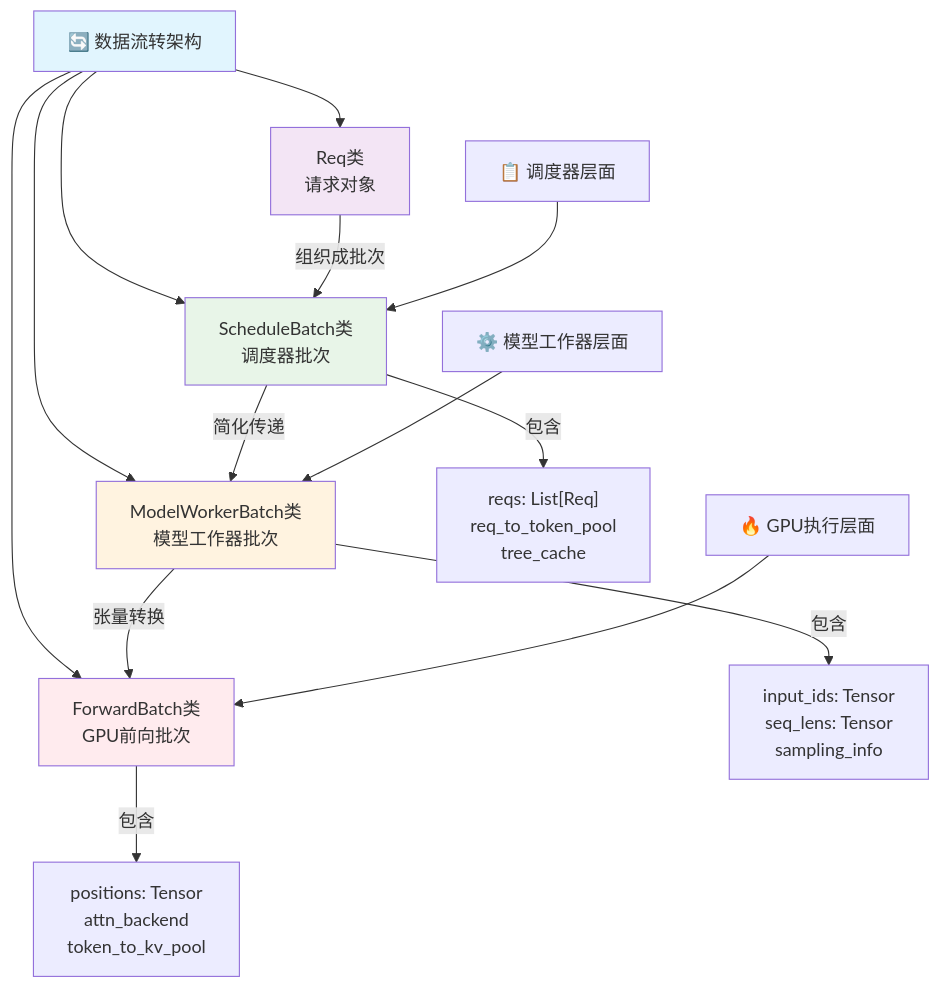
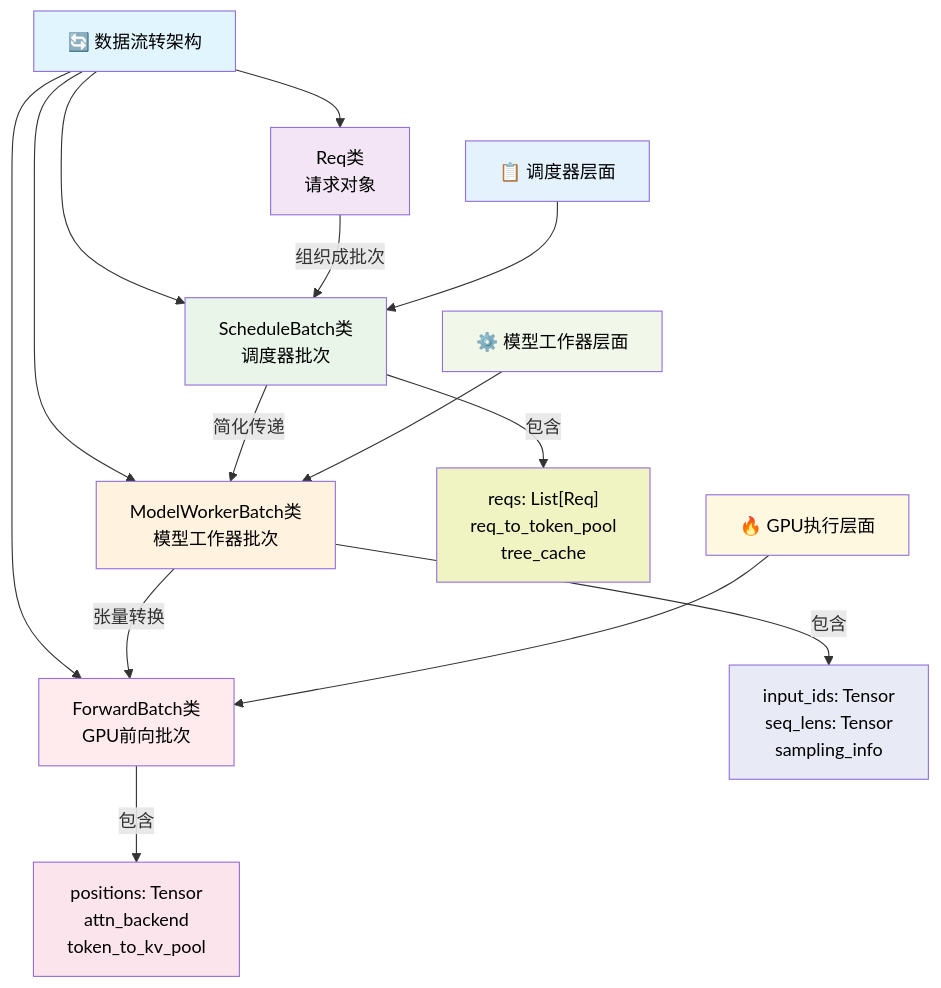
Before and after one commit to JRChen0927/sglang: the diagram in SGLang开发者技术文档/01-调度器/02-核心数据结构.md, drawn with Mermaid. The commit also changed other lines of this file and 1 other file, not shown here.

````diff
--- a/SGLang开发者技术文档/01-调度器/02-核心数据结构.md
+++ b/SGLang开发者技术文档/01-调度器/02-核心数据结构.md
@@ -21,25 +21,31 @@
 ```mermaid
 graph TD
     A["🔄 数据流转架构"] --> B["Req类<br/>请求对象"]
     A --> C["ScheduleBatch类<br/>调度器批次"]
     A --> D["ModelWorkerBatch类<br/>模型工作器批次"]
     A --> E["ForwardBatch类<br/>GPU前向批次"]
     
     B --> |"组织成批次"| C
     C --> |"简化传递"| D
     D --> |"张量转换"| E
     
     F["📋 调度器层面"] --> C
     G["⚙️ 模型工作器层面"] --> D
     H["🔥 GPU执行层面"] --> E
     
     C --> |"包含"| I["reqs: List[Req]<br/>req_to_token_pool<br/>tree_cache"]
     D --> |"包含"| J["input_ids: Tensor<br/>seq_lens: Tensor<br/>sampling_info"]
     E --> |"包含"| K["positions: Tensor<br/>attn_backend<br/>token_to_kv_pool"]
     
-    style A fill:#e1f5fe
-    style B fill:#f3e5f5
-    style C fill:#e8f5e8
-    style D fill:#fff3e0
-    style E fill:#ffebee
+    style A fill:#e1f5fe,color:#000000
+    style B fill:#f3e5f5,color:#000000
+    style C fill:#e8f5e8,color:#000000
+    style D fill:#fff3e0,color:#000000
+    style E fill:#ffebee,color:#000000
+    style F fill:#e3f2fd,color:#000000
+    style G fill:#f1f8e9,color:#000000
+    style H fill:#fff8e1,color:#000000
+    style I fill:#f0f4c3,color:#000000
+    style J fill:#e8eaf6,color:#000000
+    style K fill:#fce4ec,color:#000000
 ```
````
